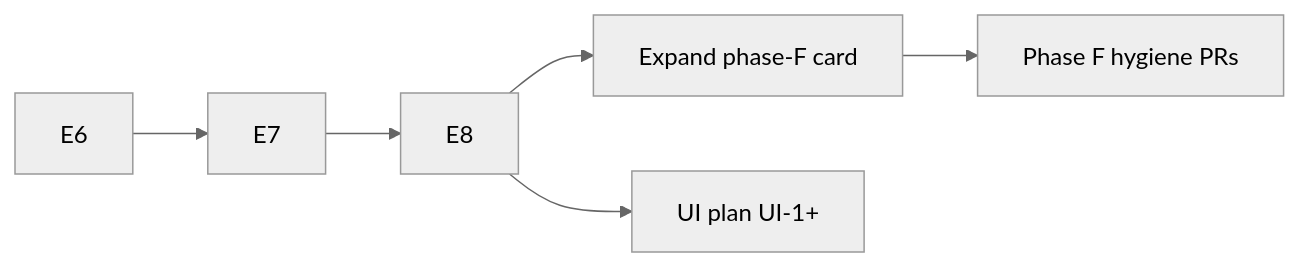
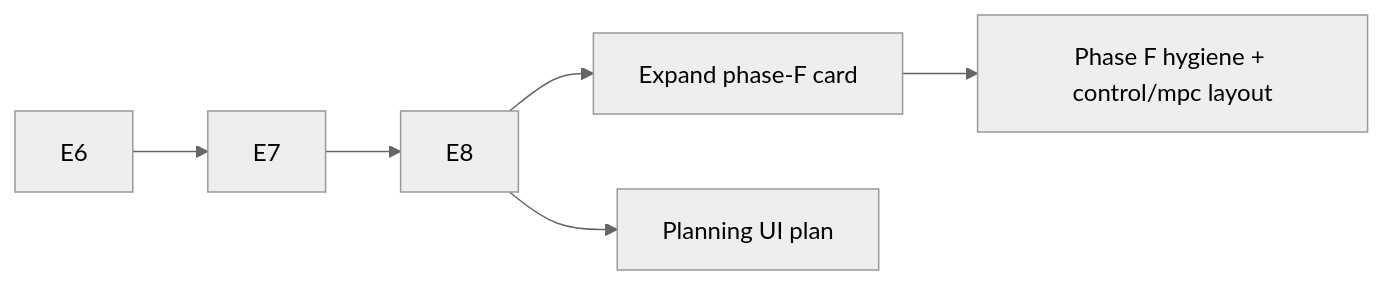
The diagram in docs/plans/mpc-rh-refactor/phase-F-cleanup.md (alx87grd/minilink), drawn with Mermaid (neutral theme) before and after one commit. The commit also changed other lines of this file and 8 other files, not shown here.

````diff
--- a/docs/plans/mpc-rh-refactor/phase-F-cleanup.md
+++ b/docs/plans/mpc-rh-refactor/phase-F-cleanup.md
@@ -62,14 +96,14 @@
 ```mermaid
 flowchart LR
   E6[E6]
   E7[E7]
   E8[E8]
   Fexpand[Expand phase-F card]
-  Fwork[Phase F hygiene PRs]
-  UI[UI plan UI-1+]
+  Fwork[Phase F hygiene + control/mpc layout]
+  UI[Planning UI plan]
 
   E6 --> E7 --> E8
   E8 --> Fexpand
   Fexpand --> Fwork
   E8 --> UI
 ```
````
